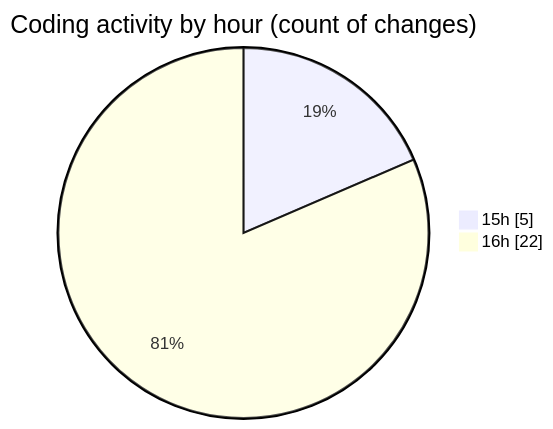
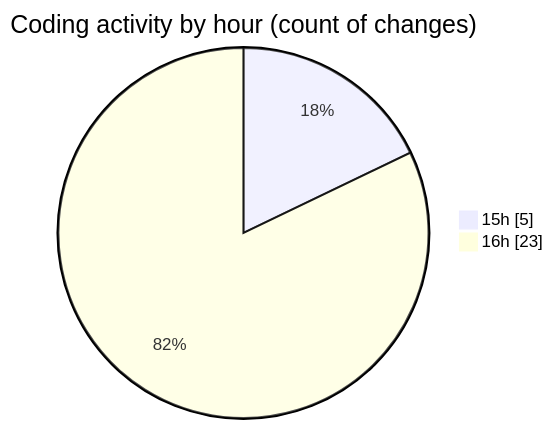
Before and after one commit to EIIisD/code-tracking: the second of 2 diagrams in 2025-07-22/fish/README.md, drawn with Mermaid. The commit also changed other lines of this file and 1 other file, not shown here.

````diff
--- a/2025-07-22/fish/README.md
+++ b/2025-07-22/fish/README.md
@@ -30,6 +32,6 @@
 ```mermaid
 pie showData
 title Coding activity by hour (count of changes)
 "15h" : 5
-"16h" : 22
+"16h" : 23
 ```
````
